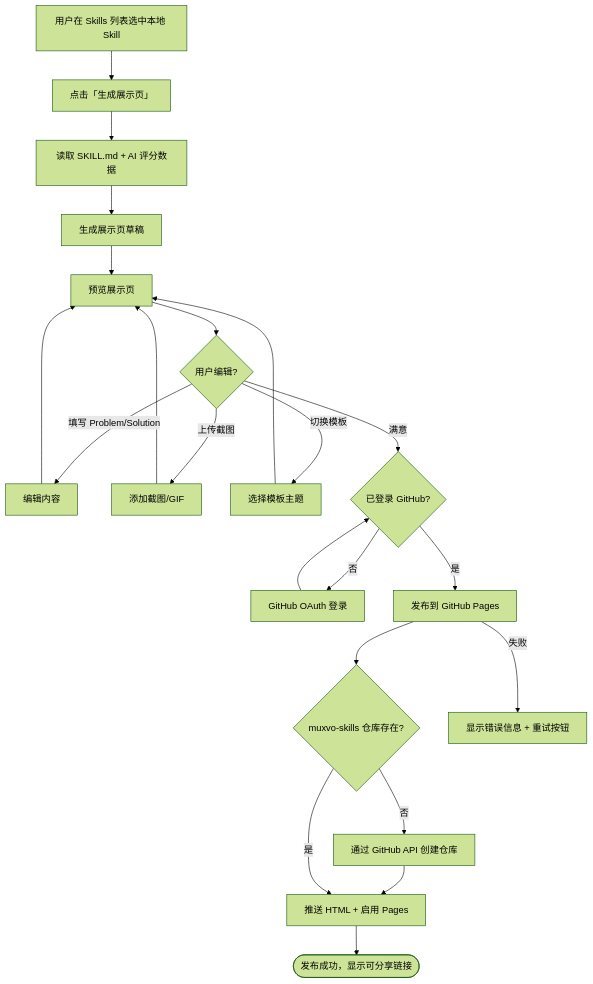
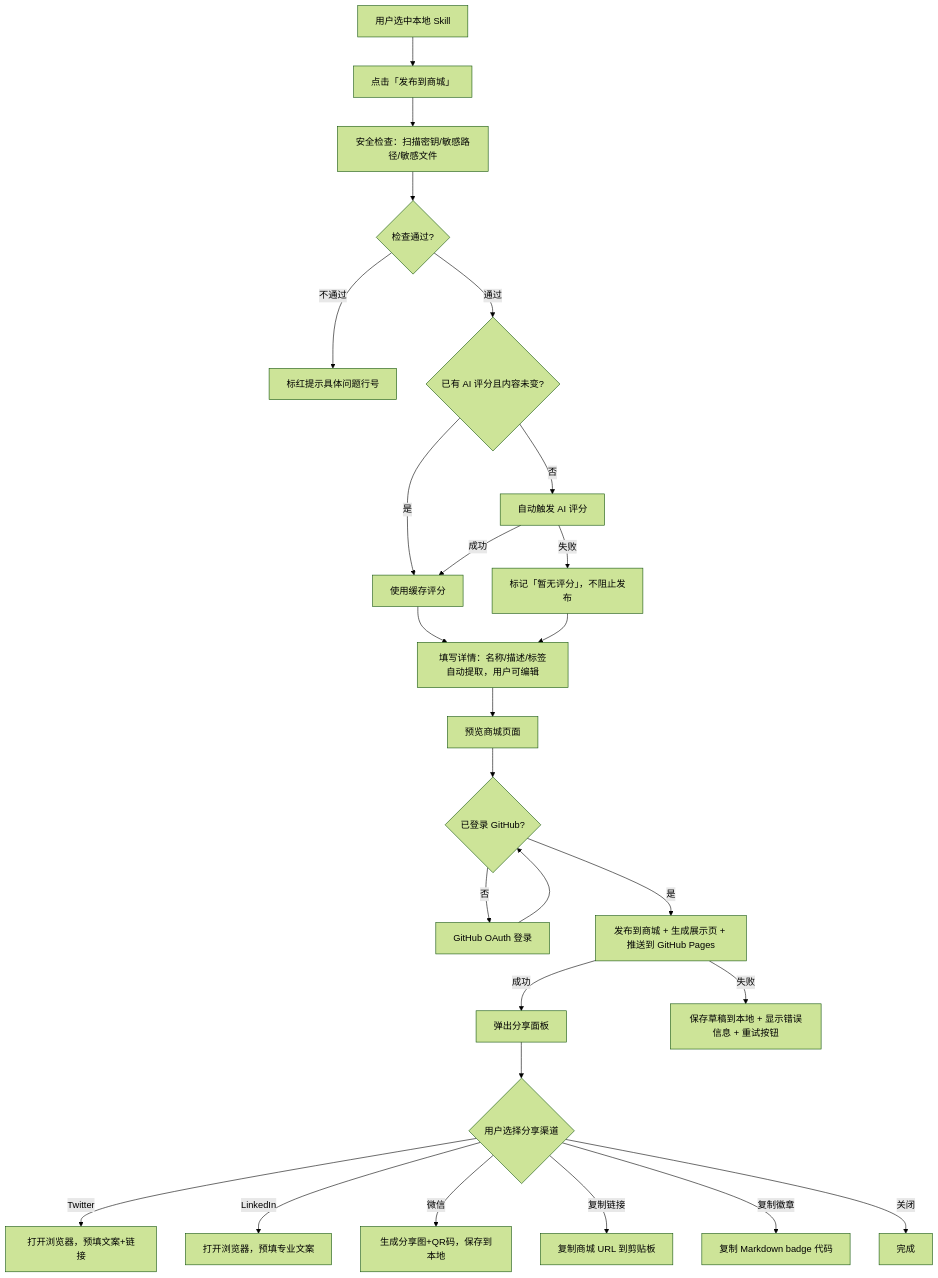
Before and after one commit to muxvo/muxvo: the sixth of 29 diagrams in PRD.md, drawn with Mermaid (forest theme). The commit also changed other lines of this file, not shown here.

First line of the commit message:
✨ feat: 完善 Skill 商城功能与发布流程

````diff
--- a/PRD.md
+++ b/PRD.md
@@ -466,24 +507,28 @@
 ```mermaid
 flowchart TD
-    A[用户在 Skills 列表选中本地 Skill] --> B[点击「生成展示页」]
-    B --> C[读取 SKILL.md + AI 评分数据]
-    C --> D[生成展示页草稿]
-    D --> E[预览展示页]
-    E --> F{用户编辑?}
-    F -->|填写 Problem/Solution| G[编辑内容]
-    F -->|上传截图| H[添加截图/GIF]
-    F -->|切换模板| I[选择模板主题]
-    G --> E
-    H --> E
-    I --> E
-    F -->|满意| J{已登录 GitHub?}
-    J -->|否| K[GitHub OAuth 登录]
-    K --> J
-    J -->|是| L[发布到 GitHub Pages]
-    L --> M{muxvo-skills 仓库存在?}
-    M -->|否| N[通过 GitHub API 创建仓库]
-    N --> O[推送 HTML + 启用 Pages]
-    M -->|是| O
-    O --> P([发布成功，显示可分享链接])
-    L -->|失败| Q[显示错误信息 + 重试按钮]
+    A[用户选中本地 Skill] --> B["点击「发布到商城」"]
+    B --> C[安全检查：扫描密钥/敏感路径/敏感文件]
+    C --> D{检查通过?}
+    D -->|不通过| E[标红提示具体问题行号]
+    D -->|通过| F{已有 AI 评分且内容未变?}
+    F -->|否| G[自动触发 AI 评分]
+    F -->|是| H[使用缓存评分]
+    G -->|成功| H
+    G -->|失败| H2["标记「暂无评分」，不阻止发布"]
+    H --> I[填写详情：名称/描述/标签自动提取，用户可编辑]
+    H2 --> I
+    I --> J[预览商城页面]
+    J --> K{已登录 GitHub?}
+    K -->|否| L[GitHub OAuth 登录]
+    L --> K
+    K -->|是| M[发布到商城 + 生成展示页 + 推送到 GitHub Pages]
+    M -->|成功| N[弹出分享面板]
+    M -->|失败| O[保存草稿到本地 + 显示错误信息 + 重试按钮]
+    N --> P{用户选择分享渠道}
+    P -->|Twitter| Q[打开浏览器，预填文案+链接]
+    P -->|LinkedIn| R[打开浏览器，预填专业文案]
+    P -->|微信| S[生成分享图+QR码，保存到本地]
+    P -->|复制链接| T[复制商城 URL 到剪贴板]
+    P -->|复制徽章| U[复制 Markdown badge 代码]
+    P -->|关闭| V[完成]
 ```
````
